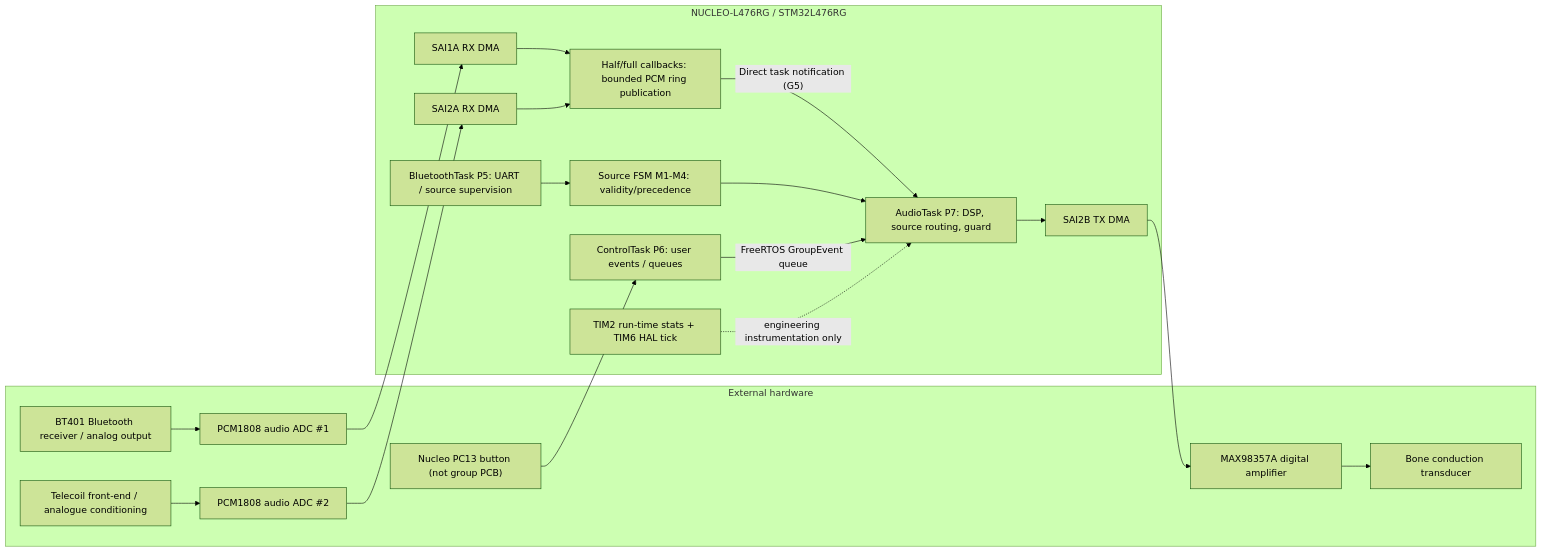
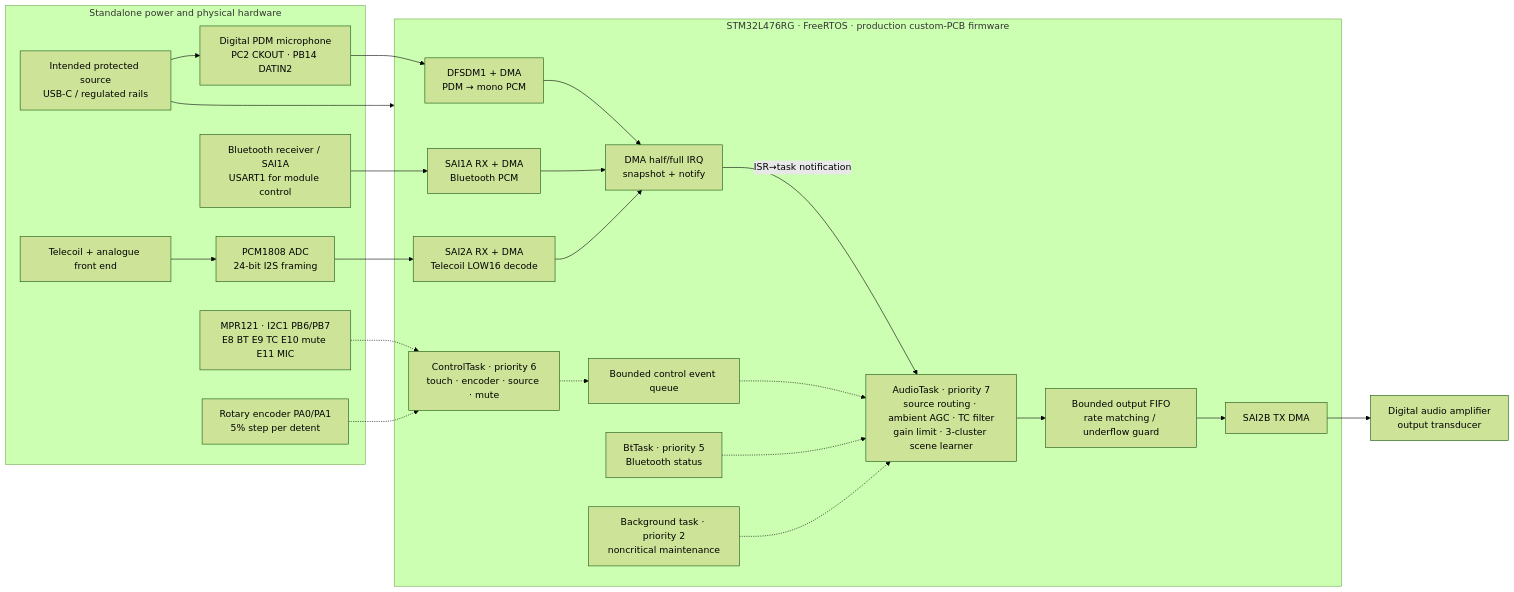
Before and after one commit to RV-crtl/Digital-Hearing-Aid-G1: the diagram in Documentation/PRINTABLE_SYSTEM_DIAGRAM.md, drawn with Mermaid (forest theme). The commit also changed other lines of this file and 32 other files, not shown here.

````diff
--- a/Documentation/PRINTABLE_SYSTEM_DIAGRAM.md
+++ b/Documentation/PRINTABLE_SYSTEM_DIAGRAM.md
@@ -5,30 +7,41 @@
 ```mermaid
 flowchart LR
- subgraph OUTSIDE["External hardware"]
-  BT["BT401 Bluetooth receiver / analog output"]
-  TC["Telecoil front-end / analogue conditioning"]
-  ADC1["PCM1808 audio ADC #1"]
-  ADC2["PCM1808 audio ADC #2"]
-  UI["Nucleo PC13 button (not group PCB)"]
-  AMP["MAX98357A digital amplifier"]
-  TR["Bone conduction transducer"]
- end
- subgraph MCU["NUCLEO-L476RG / STM32L476RG"]
-  RXBT["SAI1A RX DMA"]
-  RXTC["SAI2A RX DMA"]
-  IRQ["Half/full callbacks: bounded PCM ring publication"]
-  AUDIO["AudioTask P7: DSP, source routing, guard"]
-  CTRL["ControlTask P6: user events / queues"]
-  BTTASK["BluetoothTask P5: UART / source supervision"]
-  FSM["Source FSM M1-M4: validity/precedence"]
-  TX["SAI2B TX DMA"]
-  TIM["TIM2 run-time stats + TIM6 HAL tick"]
- end
- BT --> ADC1 --> RXBT --> IRQ
- TC --> ADC2 --> RXTC --> IRQ
- IRQ -->|"Direct task notification (G5)"| AUDIO
- UI --> CTRL -->|"FreeRTOS GroupEvent queue"| AUDIO
- BTTASK --> FSM --> AUDIO
- AUDIO --> TX --> AMP --> TR
- TIM -. "engineering instrumentation only" .-> AUDIO
+  subgraph P["Standalone power and physical hardware"]
+    PWR["Intended protected source<br/>USB-C / regulated rails"]
+    MIC["Digital PDM microphone<br/>PC2 CKOUT · PB14 DATIN2"]
+    BLE["Bluetooth receiver / SAI1A<br/>USART1 for module control"]
+    LOOP["Telecoil + analogue front end"]
+    ADC["PCM1808 ADC<br/>24-bit I2S framing"]
+    TOUCH["MPR121 · I2C1 PB6/PB7<br/>E8 BT E9 TC E10 mute E11 MIC"]
+    ENC["Rotary encoder PA0/PA1<br/>5% step per detent"]
+  end
+
+  subgraph M["STM32L476RG · FreeRTOS · production custom-PCB firmware"]
+    DFSDM["DFSDM1 + DMA<br/>PDM → mono PCM"]
+    RX1["SAI1A RX + DMA<br/>Bluetooth PCM"]
+    RX2["SAI2A RX + DMA<br/>Telecoil LOW16 decode"]
+    IRQ["DMA half/full IRQ<br/>snapshot + notify"]
+    AUD["AudioTask · priority 7<br/>source routing · ambient AGC · TC filter<br/>gain limit · 3-cluster scene learner"]
+    Q["Bounded control event queue"]
+    CTRL["ControlTask · priority 6<br/>touch · encoder · source · mute"]
+    BT["BtTask · priority 5<br/>Bluetooth status"]
+    BG["Background task · priority 2<br/>noncritical maintenance"]
+    FIFO["Bounded output FIFO<br/>rate matching / underflow guard"]
+    TX["SAI2B TX DMA"]
+  end
+
+  AMP["Digital audio amplifier<br/>output transducer"]
+  PWR --> MIC
+  PWR --> M
+  MIC --> DFSDM --> IRQ
+  BLE --> RX1 --> IRQ
+  LOOP --> ADC --> RX2 --> IRQ
+  IRQ -->|"ISR→task notification"| AUD
+  TOUCH -.-> CTRL
+  ENC -.-> CTRL
+  CTRL -.-> Q
+  Q -.-> AUD
+  BT -.-> AUD
+  BG -.-> AUD
+  AUD --> FIFO --> TX --> AMP
 ```
````
